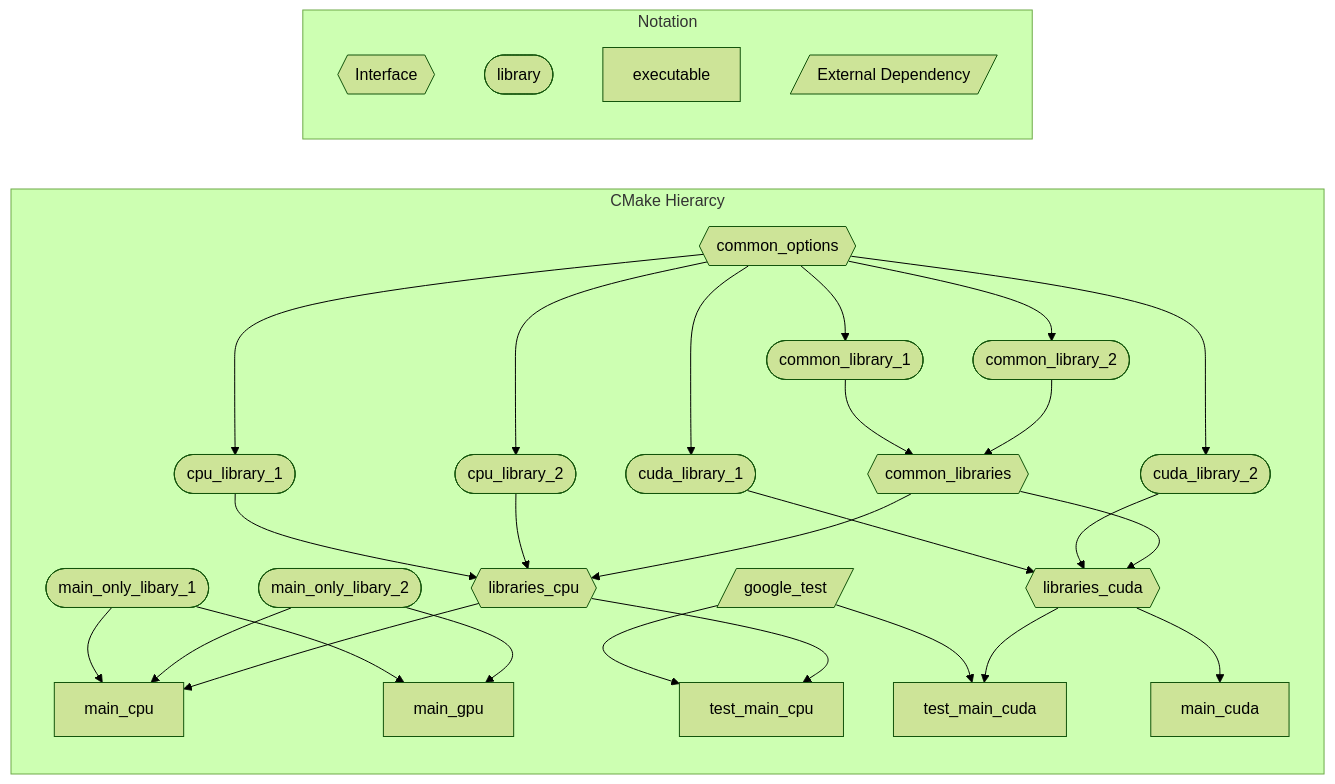
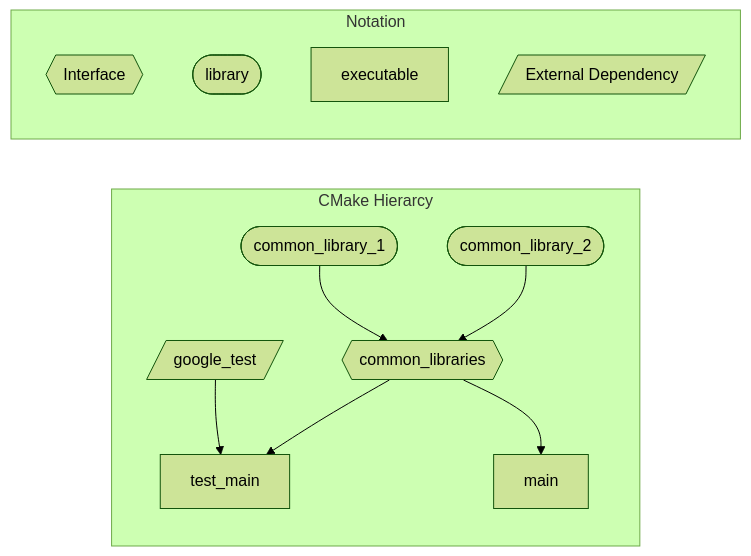
The diagram in documentation/Documents/WorkflowDocumentation/graphs/CMakeHierarchy.mmd (CowKeyMan/SBWT-Search), drawn with Mermaid (forest theme) before and after one commit. The commit also changed 11 other files, not shown here.

```diff
--- a/documentation/Documents/WorkflowDocumentation/graphs/CMakeHierarchy.mmd
+++ b/documentation/Documents/WorkflowDocumentation/graphs/CMakeHierarchy.mmd
@@ -1,41 +1,17 @@
 flowchart LR
   subgraph CMake Hierarcy
     common_library_1([common_library_1]) --> common_libraries{{common_libraries}}
     common_library_2([common_library_2]) --> common_libraries
 
-    cpu_library_1([cpu_library_1]) --> libraries_cpu{{libraries_cpu}}
-    cpu_library_2([cpu_library_2]) --> libraries_cpu
-    common_libraries --> libraries_cpu
+    google_test[/google_test/] --> test_main
 
-    cuda_library_1([cuda_library_1]) --> libraries_cuda{{libraries_cuda}}
-    cuda_library_2([cuda_library_2]) --> libraries_cuda
-    common_libraries --> libraries_cuda
-
-    common_options{{common_options}} --> common_library_1
-    common_options{{common_options}} --> common_library_2
-    common_options{{common_options}} --> cpu_library_1
-    common_options{{common_options}} --> cpu_library_2
-    common_options{{common_options}} --> cuda_library_1
-    common_options{{common_options}} --> cuda_library_2
-
-    main_only_library_1([main_only_libary_1]) --> main_cpu[main_cpu]
-    main_only_library_2([main_only_libary_2]) --> main_cpu
-    main_only_library_1 --> main_gpu[main_gpu]
-    main_only_library_2 --> main_gpu
-
-    google_test[/google_test/] --> test_main_cpu[test_main_cpu]
-    google_test[/google_test/] --> test_main_cuda
-
-    libraries_cuda --> test_main_cuda
-    libraries_cuda --> main_cuda
-
-    libraries_cpu --> test_main_cpu
-    libraries_cpu --> main_cpu
+    common_libraries --> test_main
+    common_libraries --> main
   end
 
   subgraph Notation
     interface{{Interface}}
     library([library])
     executable[executable]
     ExternalDependency[/External Dependency/]
   end
```
